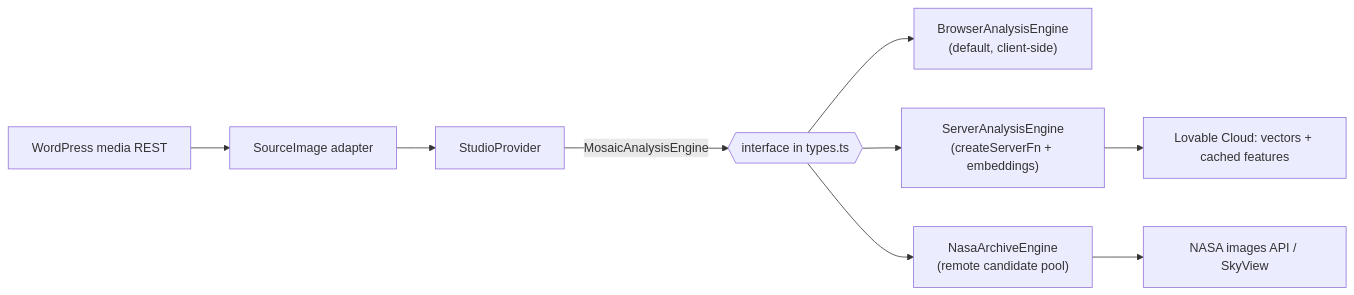
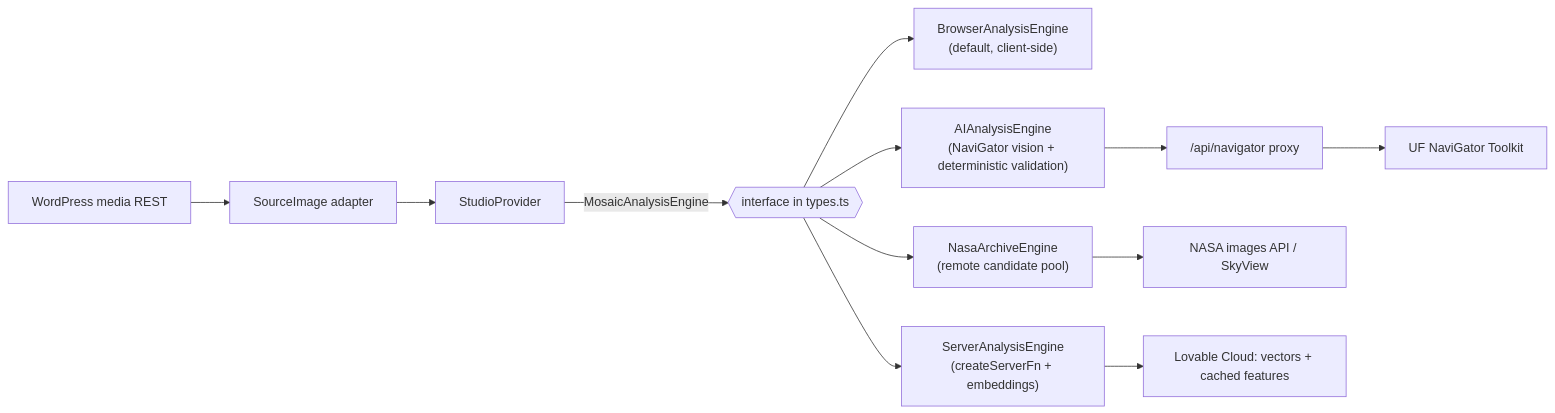
Before and after one commit to jayrosen-design/cosmic-collage: the sixth of 6 diagrams in README.md, drawn with Mermaid.

````diff
--- a/README.md
+++ b/README.md
@@ -240,11 +240,14 @@
 ```mermaid
 graph LR
   ST["StudioProvider"] -->|"MosaicAnalysisEngine"| I{{"interface in types.ts"}}
   I --> B["BrowserAnalysisEngine<br/>(default, client-side)"]
+  I --> AI["AIAnalysisEngine<br/>(NaviGator vision + deterministic validation)"]
+  AI --> NAV["/api/navigator proxy"]
+  NAV --> UF["UF NaviGator Toolkit"]
   I --> S["ServerAnalysisEngine<br/>(createServerFn + embeddings)"]
   I --> N["NasaArchiveEngine<br/>(remote candidate pool)"]
   N --> API["NASA images API / SkyView"]
   S --> DB["Lovable Cloud: vectors + cached features"]
   W["WordPress media REST"] --> AD["SourceImage adapter"]
   AD --> ST
 ```
````
